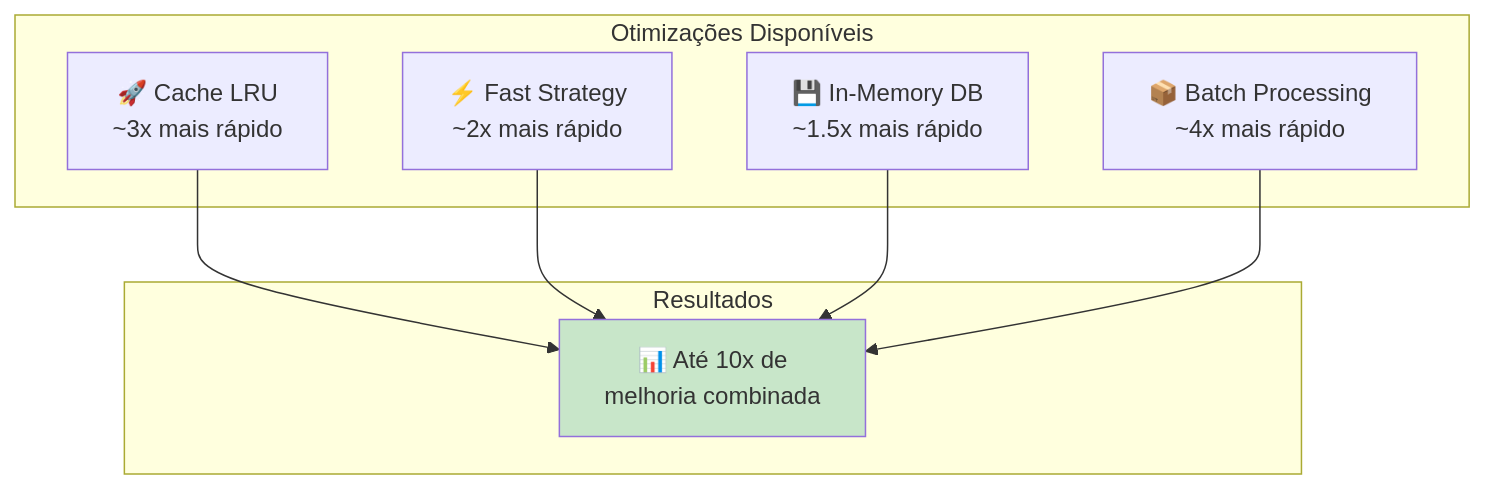
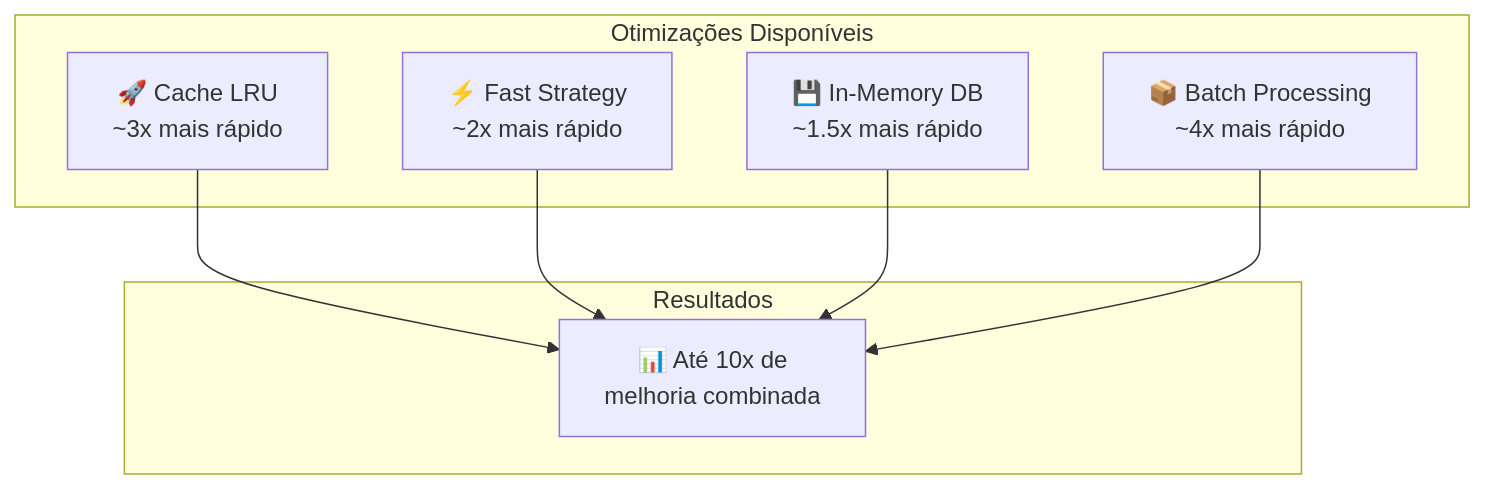
Before and after one commit to AnonShield/anonshield: diagram 24 of 24 in docs/diagrams.md, drawn with Mermaid. The commit also changed other lines of this file, not shown here.

First line of the commit message:
Remove style definitions from diagrams

````diff
--- a/docs/diagrams.md
+++ b/docs/diagrams.md
@@ -1163,17 +1106,15 @@
 ```mermaid
 graph TB
     subgraph "Otimizações Disponíveis"
         O1[🚀 Cache LRU<br/>~3x mais rápido]
         O2[⚡ Fast Strategy<br/>~2x mais rápido]
         O3[💾 In-Memory DB<br/>~1.5x mais rápido]
         O4[📦 Batch Processing<br/>~4x mais rápido]
     end
     
     subgraph "Resultados"
         R[📊 Até 10x de<br/>melhoria combinada]
     end
     
     O1 & O2 & O3 & O4 --> R
-    
-    style R fill:#c8e6c9
 ```
````
